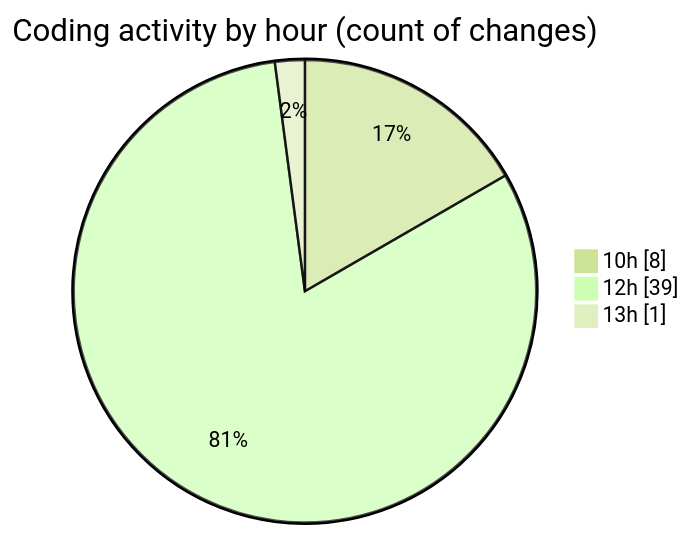
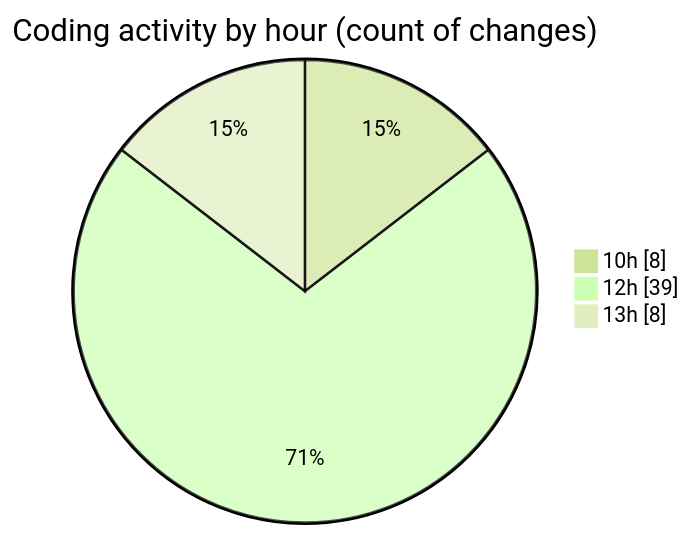
The second of 2 diagrams in 2025-05-02/cda/README.md (momahboobian/code-tracking), drawn with Mermaid (forest theme) before and after one commit. The commit also changed other lines of this file and 1 other file, not shown here.

````diff
--- a/2025-05-02/cda/README.md
+++ b/2025-05-02/cda/README.md
@@ -38,7 +38,7 @@
 ```mermaid
 pie showData
 title Coding activity by hour (count of changes)
 "10h" : 8
 "12h" : 39
-"13h" : 1
+"13h" : 8
 ```
````
